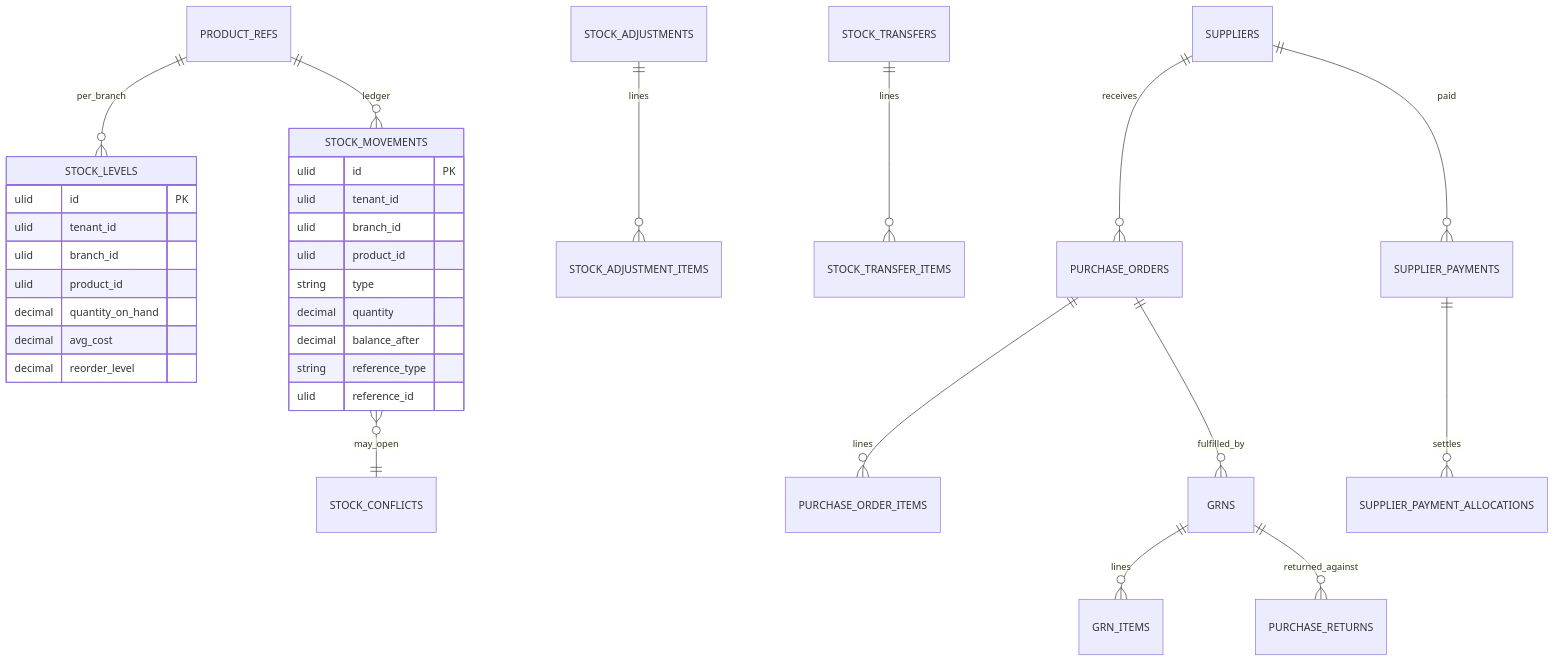
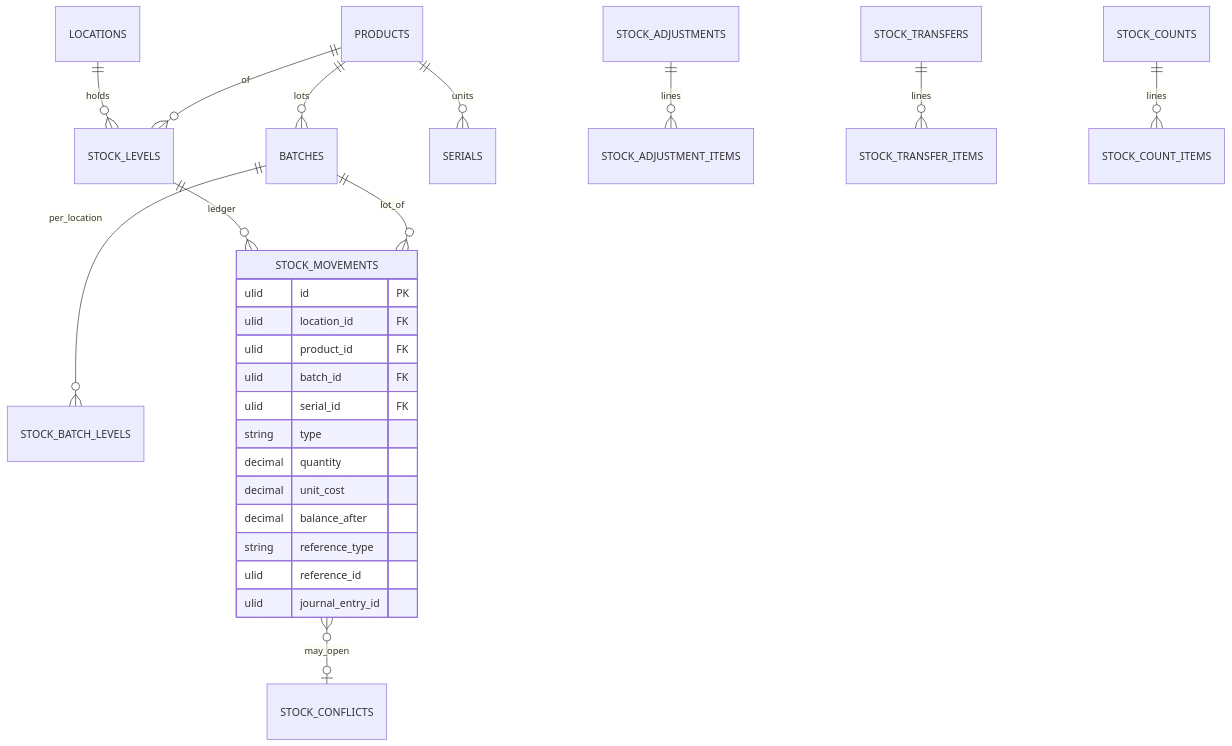
One commit to hasi94/SASS-POS changed the fourth of 9 diagrams in docs/database.md. Above: the diagram before and after it, drawn with Mermaid. The commit also changed other lines of this file and 5 other files, not shown here.

First line of the commit message:
docs: architecture v0.4 — master database plus one database per tenant

````diff
--- a/docs/database.md
+++ b/docs/database.md
@@ -246,35 +484,28 @@
 ```mermaid
 erDiagram
-  PRODUCT_REFS ||--o{ STOCK_LEVELS : per_branch
-  PRODUCT_REFS ||--o{ STOCK_MOVEMENTS : ledger
+  LOCATIONS ||--o{ STOCK_LEVELS : holds
+  PRODUCTS ||--o{ STOCK_LEVELS : of
+  PRODUCTS ||--o{ BATCHES : lots
+  BATCHES ||--o{ STOCK_BATCH_LEVELS : per_location
+  PRODUCTS ||--o{ SERIALS : units
+  STOCK_LEVELS ||--o{ STOCK_MOVEMENTS : ledger
+  BATCHES ||--o{ STOCK_MOVEMENTS : lot_of
   STOCK_ADJUSTMENTS ||--o{ STOCK_ADJUSTMENT_ITEMS : lines
   STOCK_TRANSFERS ||--o{ STOCK_TRANSFER_ITEMS : lines
-  STOCK_MOVEMENTS }o--|| STOCK_CONFLICTS : may_open
-  SUPPLIERS ||--o{ PURCHASE_ORDERS : receives
-  PURCHASE_ORDERS ||--o{ PURCHASE_ORDER_ITEMS : lines
-  PURCHASE_ORDERS ||--o{ GRNS : fulfilled_by
-  GRNS ||--o{ GRN_ITEMS : lines
-  GRNS ||--o{ PURCHASE_RETURNS : returned_against
-  SUPPLIERS ||--o{ SUPPLIER_PAYMENTS : paid
-  SUPPLIER_PAYMENTS ||--o{ SUPPLIER_PAYMENT_ALLOCATIONS : settles
-  STOCK_LEVELS {
-    ulid id PK
-    ulid tenant_id
-    ulid branch_id
-    ulid product_id
-    decimal quantity_on_hand
-    decimal avg_cost
-    decimal reorder_level
-  }
+  STOCK_COUNTS ||--o{ STOCK_COUNT_ITEMS : lines
+  STOCK_MOVEMENTS }o--o| STOCK_CONFLICTS : may_open
   STOCK_MOVEMENTS {
     ulid id PK
-    ulid tenant_id
-    ulid branch_id
-    ulid product_id
+    ulid location_id FK
+    ulid product_id FK
+    ulid batch_id FK
+    ulid serial_id FK
     string type
     decimal quantity
+    decimal unit_cost
     decimal balance_after
     string reference_type
     ulid reference_id
+    ulid journal_entry_id
   }
 ```
````
